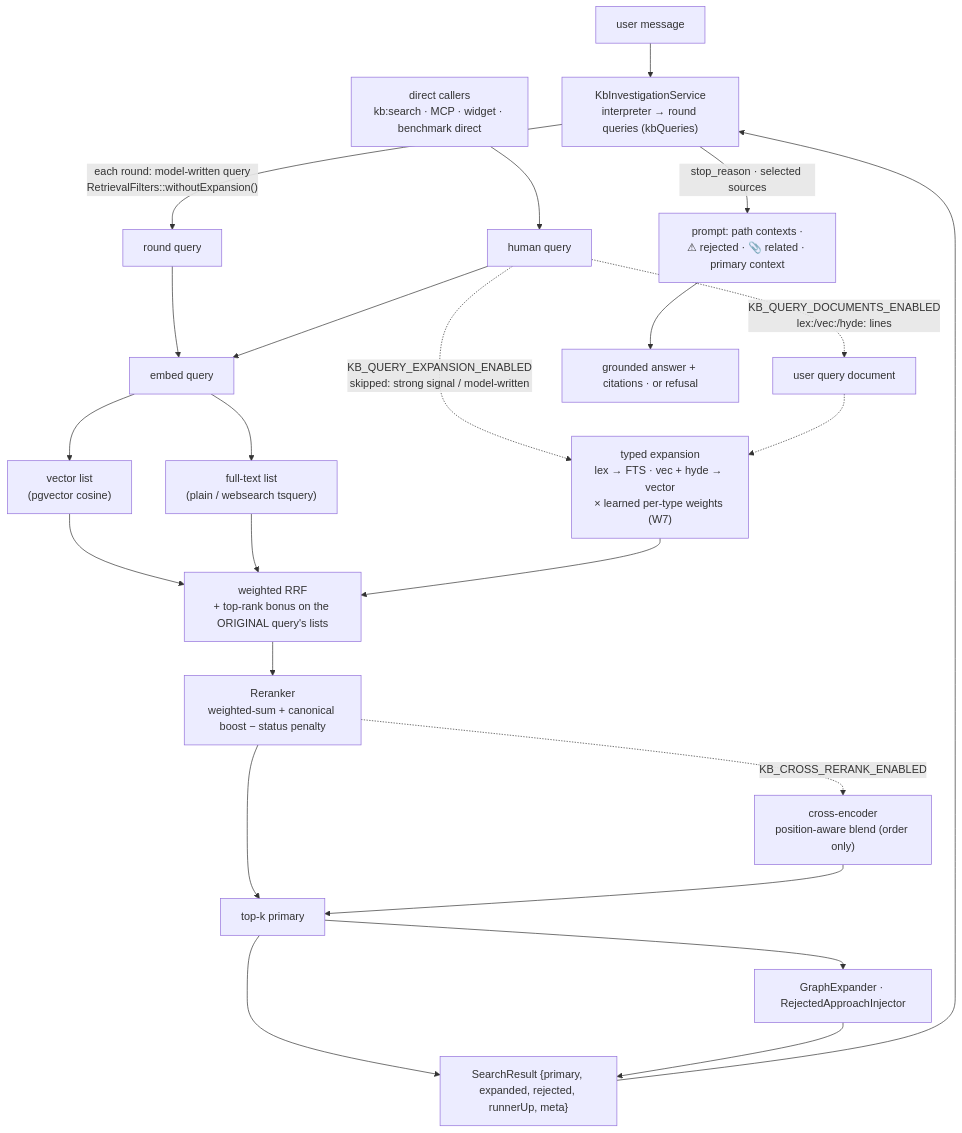
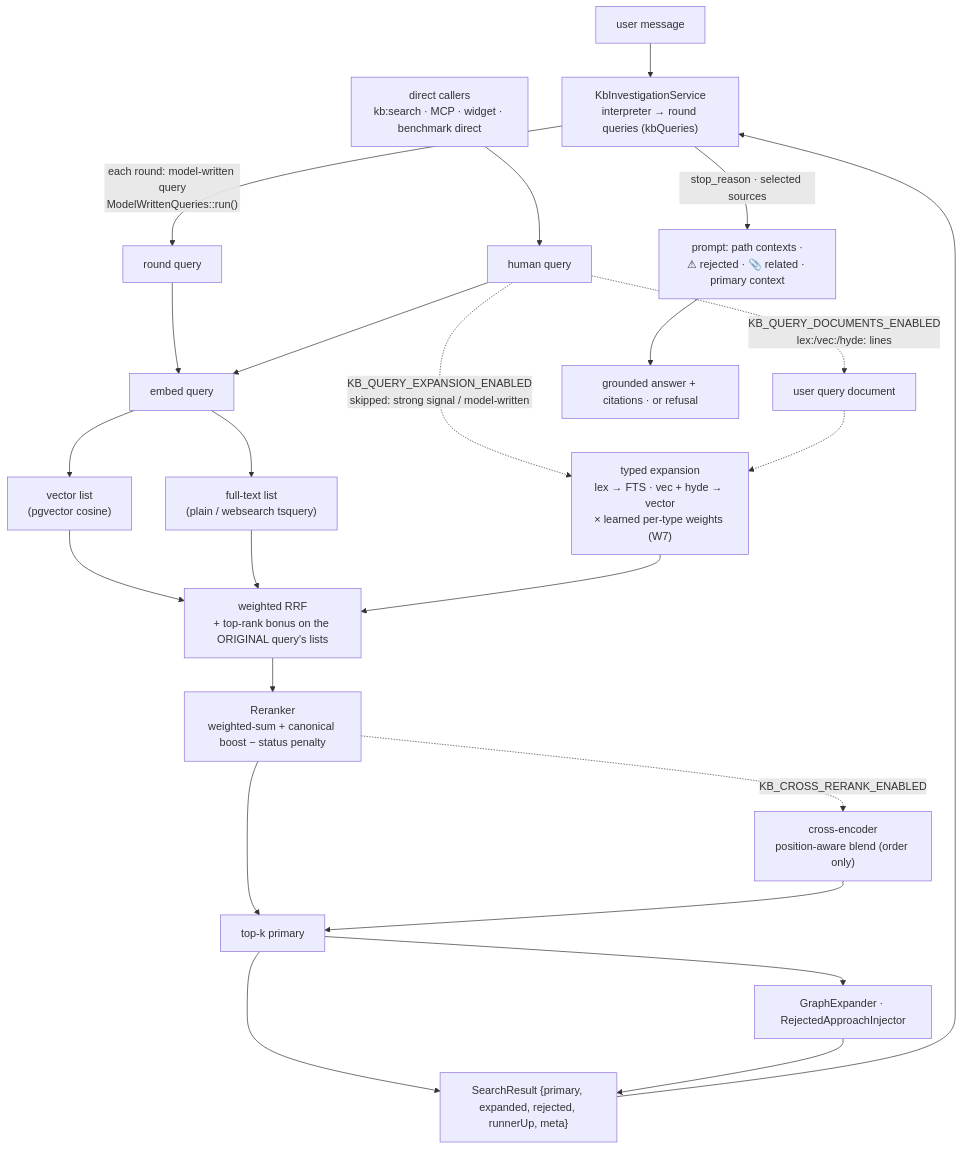
The first of 4 diagrams in docs-site/architecture/retrieval-pipeline.mdx (lopadova/AskMyDocs), drawn with Mermaid before and after one commit. The commit also changed other lines of this file and 6 other files, not shown here.

First line of the commit message:
docs: describe the model-written query scope (ModelWrittenQueries) instead of the filter argument

````diff
--- a/docs-site/architecture/retrieval-pipeline.mdx
+++ b/docs-site/architecture/retrieval-pipeline.mdx
@@ -40,24 +40,24 @@
 ```mermaid
 flowchart TB
     U[user message] --> INV["KbInvestigationService<br/>interpreter → round queries (kbQueries)"]
-    INV -->|"each round: model-written query<br/>RetrievalFilters::withoutExpansion()"| Q[round query]
+    INV -->|"each round: model-written query<br/>ModelWrittenQueries::run()"| Q[round query]
     D[direct callers<br/>kb:search · MCP · widget · benchmark direct] --> Q2[human query]
     Q2 -.->|"KB_QUERY_DOCUMENTS_ENABLED<br/>lex:/vec:/hyde: lines"| UQD[user query document]
     Q --> EMB[embed query]
     Q2 --> EMB
     EMB --> SEM["vector list<br/>(pgvector cosine)"]
     EMB --> FTS["full-text list<br/>(plain / websearch tsquery)"]
     Q2 -.->|"KB_QUERY_EXPANSION_ENABLED<br/>skipped: strong signal / model-written"| QE["typed expansion<br/>lex → FTS · vec + hyde → vector<br/>× learned per-type weights (W7)"]
     UQD -.-> QE
     SEM & FTS & QE --> FUSE["weighted RRF<br/>+ top-rank bonus on the ORIGINAL query's lists"]
     FUSE --> RR["Reranker<br/>weighted-sum + canonical boost − status penalty"]
     RR -.->|KB_CROSS_RERANK_ENABLED| CE["cross-encoder<br/>position-aware blend (order only)"]
     RR --> TOPK[top-k primary]
     CE --> TOPK
     TOPK --> GE["GraphExpander · RejectedApproachInjector"]
     TOPK --> SR["SearchResult {primary, expanded, rejected, runnerUp, meta}"]
     GE --> SR
     SR --> INV
     INV -->|"stop_reason · selected sources"| PC["prompt: path contexts ·<br/>⚠ rejected · 📎 related · primary context"]
     PC --> ANS[grounded answer + citations · or refusal]
 ```
````
